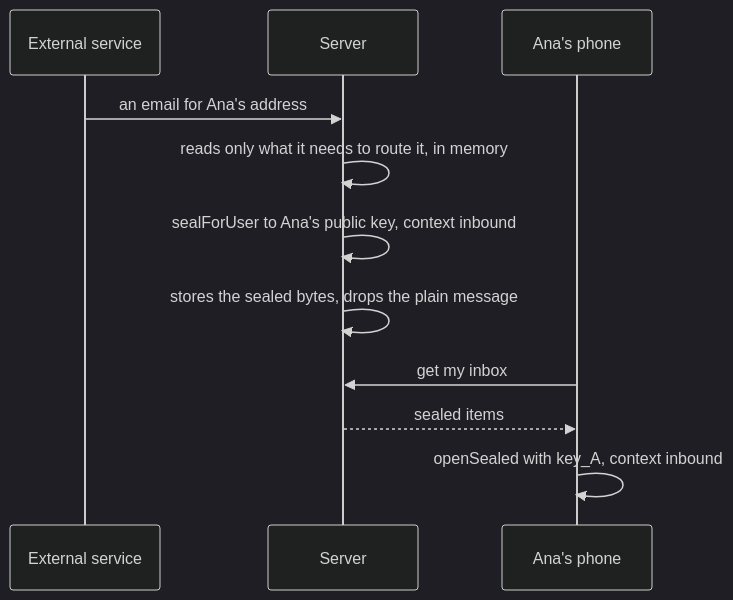
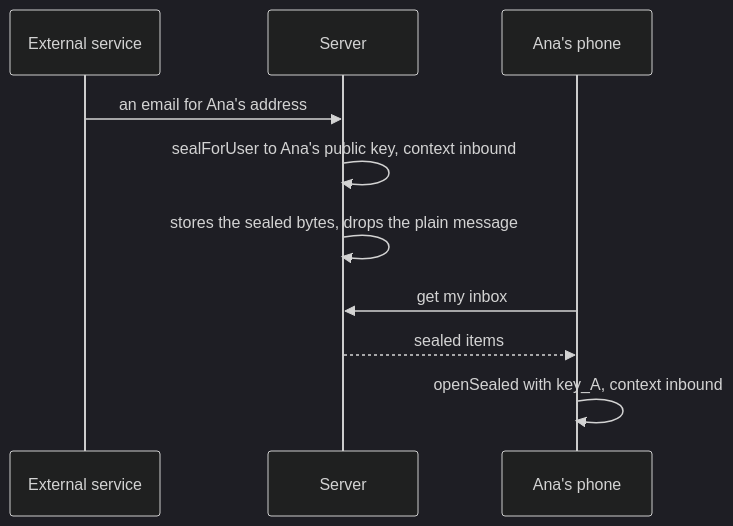
One commit to ezpriv/crypto changed the diagram in example/09-sealed-ingest/README.md. Above: the diagram before and after it, drawn with Mermaid (dark theme). The commit also changed other lines of this file and 6 other files, not shown here.

````diff
--- a/example/09-sealed-ingest/README.md
+++ b/example/09-sealed-ingest/README.md
@@ -9,13 +9,12 @@
 ```mermaid
 sequenceDiagram
     participant Ext as External service
     participant Server
     participant Phone as Ana's phone
     Ext->>Server: an email for Ana's address
-    Server->>Server: reads only what it needs to route it, in memory
     Server->>Server: sealForUser to Ana's public key, context inbound
     Server->>Server: stores the sealed bytes, drops the plain message
     Phone->>Server: get my inbox
     Server-->>Phone: sealed items
     Phone->>Phone: openSealed with key_A, context inbound
 ```
````
